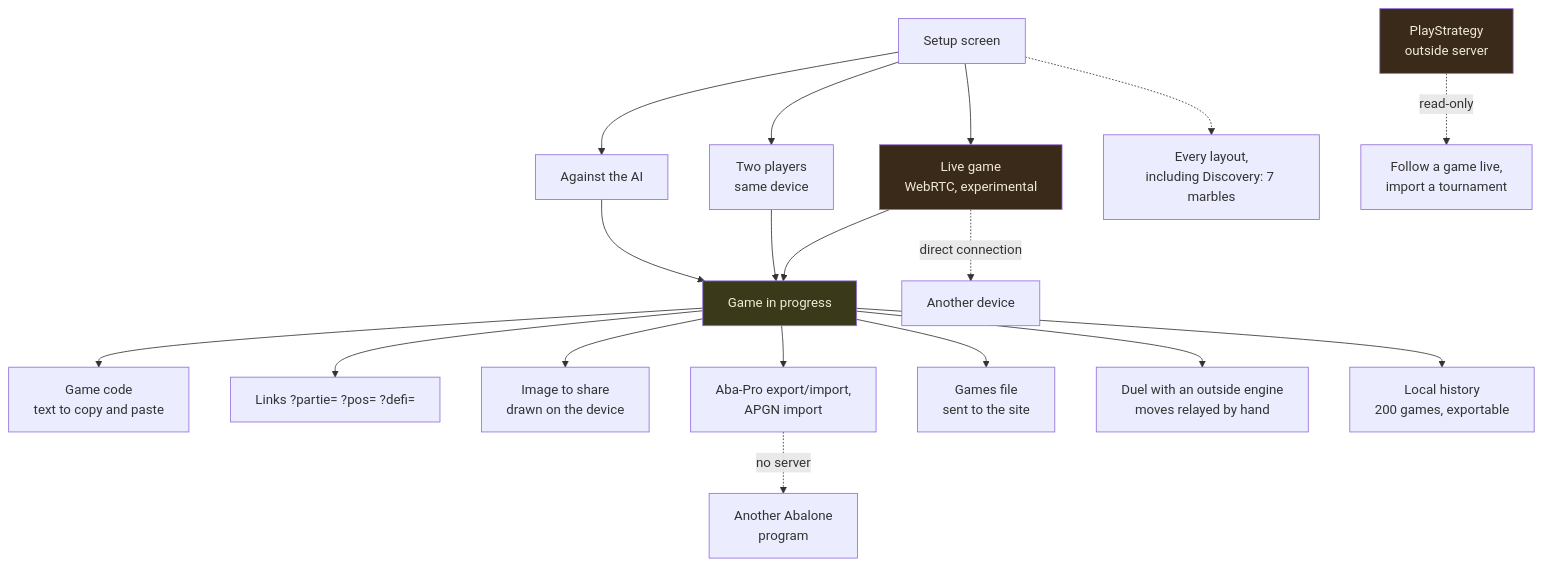
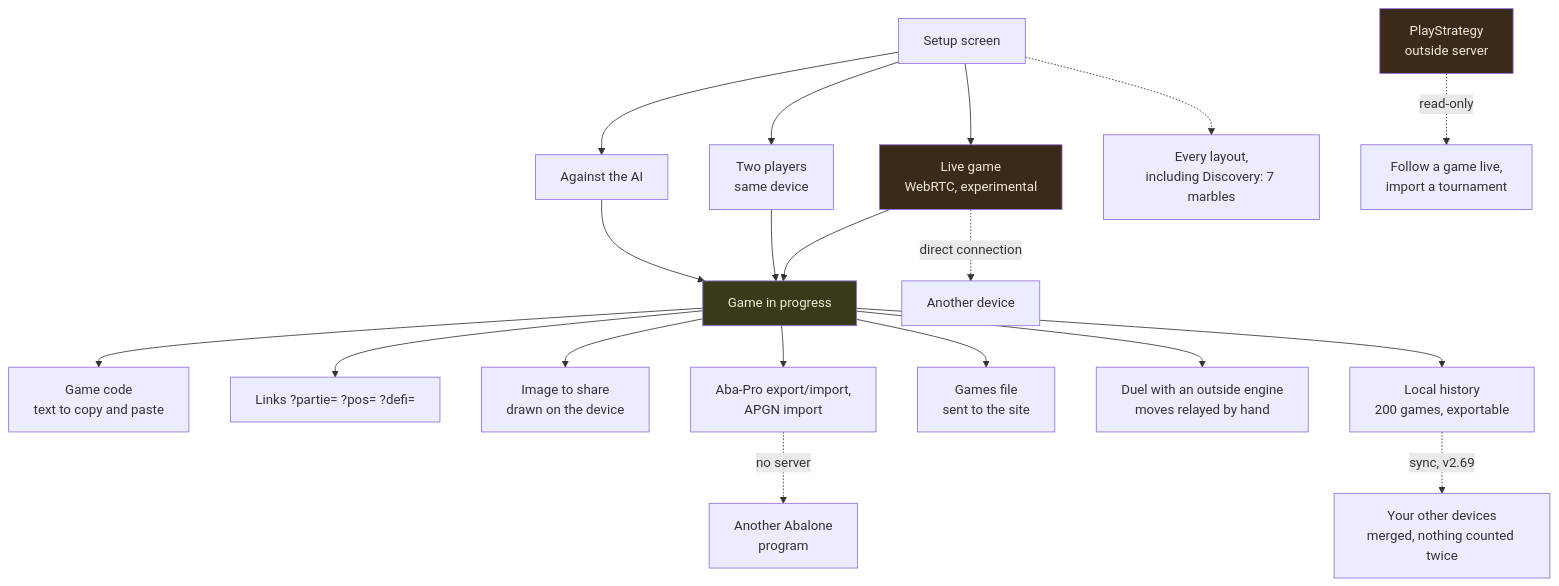
Before and after one commit to ocj94/Abalassembly: the third of 3 diagrams in docs-en/Architecture.en.md, drawn with Mermaid. The commit also changed other lines of this file and 26 other files, not shown here.

````diff
--- a/docs-en/Architecture.en.md
+++ b/docs-en/Architecture.en.md
@@ -96,27 +96,28 @@
 ```mermaid
 flowchart TD
     M[Setup screen] --> A1[Against the AI]
     M --> A2[Two players<br/>same device]
     M --> A3[Live game<br/>WebRTC, experimental]
     M -.-> V[Every layout,<br/>including Discovery: 7 marbles]
 
     A1 --> G[Game in progress]
     A2 --> G
     A3 --> G
 
     G --> X1[Game code<br/>text to copy and paste]
     G --> X1b[Links ?partie= ?pos= ?defi=]
     G --> X1c[Image to share<br/>drawn on the device]
     G --> X2[Aba-Pro export/import,<br/>APGN import]
     G --> X2b[Games file<br/>sent to the site]
     G --> X3[Duel with an outside engine<br/>moves relayed by hand]
     G --> X4[Local history<br/>200 games, exportable]
+    X4 -.->|sync, v2.69| P3[Your other devices<br/>merged, nothing counted twice]
 
     X2 -.->|no server| EXT[Another Abalone<br/>program]
     A3 -.->|direct connection| P2[Another device]
     PS[PlayStrategy<br/>outside server] -.->|read-only| G2[Follow a game live,<br/>import a tournament]
 
     style G fill:#3a3a1a,color:#f0ead6
     style A3 fill:#3a2a1a,color:#f0ead6
     style PS fill:#3a2a1a,color:#f0ead6
 ```
````
